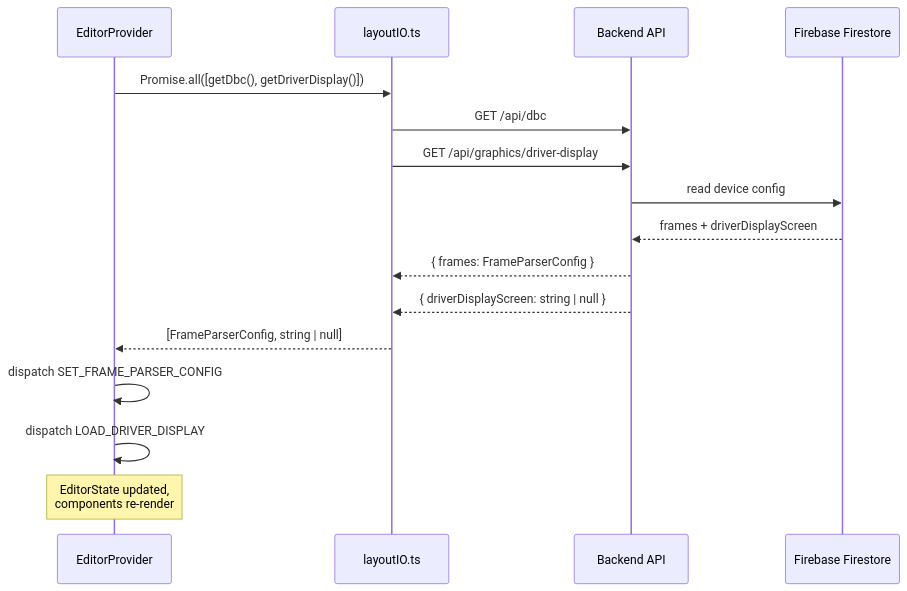
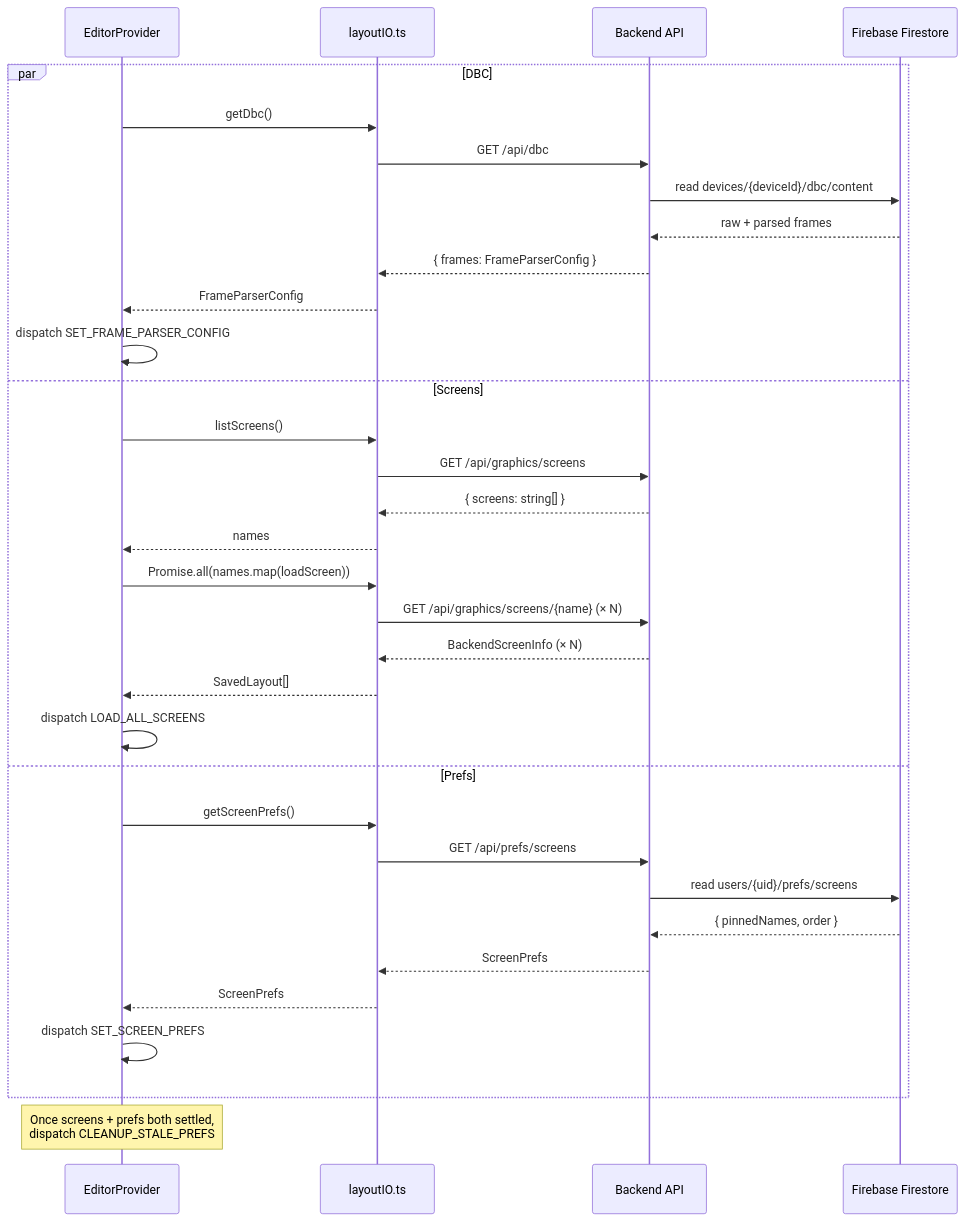
The first of 11 diagrams in documentation/data-flows.md (evilspoon13/track-web), drawn with Mermaid before and after one commit. The commit also changed other lines of this file and 36 other files, not shown here.

````diff
--- a/documentation/data-flows.md
+++ b/documentation/data-flows.md
@@ -11,19 +11,37 @@
 ```mermaid
 sequenceDiagram
     participant EP as EditorProvider
     participant IO as layoutIO.ts
     participant API as Backend API
     participant FS as Firebase Firestore
 
-    EP->>IO: Promise.all([getDbc(), getDriverDisplay()])
-    IO->>API: GET /api/dbc
-    IO->>API: GET /api/graphics/driver-display
-    API->>FS: read device config
-    FS-->>API: frames + driverDisplayScreen
-    API-->>IO: { frames: FrameParserConfig }
-    API-->>IO: { driverDisplayScreen: string | null }
-    IO-->>EP: [FrameParserConfig, string | null]
-    EP->>EP: dispatch SET_FRAME_PARSER_CONFIG
-    EP->>EP: dispatch LOAD_DRIVER_DISPLAY
-    Note over EP: EditorState updated,<br/>components re-render
+    par DBC
+        EP->>IO: getDbc()
+        IO->>API: GET /api/dbc
+        API->>FS: read devices/{deviceId}/dbc/content
+        FS-->>API: raw + parsed frames
+        API-->>IO: { frames: FrameParserConfig }
+        IO-->>EP: FrameParserConfig
+        EP->>EP: dispatch SET_FRAME_PARSER_CONFIG
+    and Screens
+        EP->>IO: listScreens()
+        IO->>API: GET /api/graphics/screens
+        API-->>IO: { screens: string[] }
+        IO-->>EP: names
+        EP->>IO: Promise.all(names.map(loadScreen))
+        IO->>API: GET /api/graphics/screens/{name} (× N)
+        API-->>IO: BackendScreenInfo (× N)
+        IO-->>EP: SavedLayout[]
+        EP->>EP: dispatch LOAD_ALL_SCREENS
+    and Prefs
+        EP->>IO: getScreenPrefs()
+        IO->>API: GET /api/prefs/screens
+        API->>FS: read users/{uid}/prefs/screens
+        FS-->>API: { pinnedNames, order }
+        API-->>IO: ScreenPrefs
+        IO-->>EP: ScreenPrefs
+        EP->>EP: dispatch SET_SCREEN_PREFS
+    end
+
+    Note over EP: Once screens + prefs both settled,<br/>dispatch CLEANUP_STALE_PREFS
 ```
````
